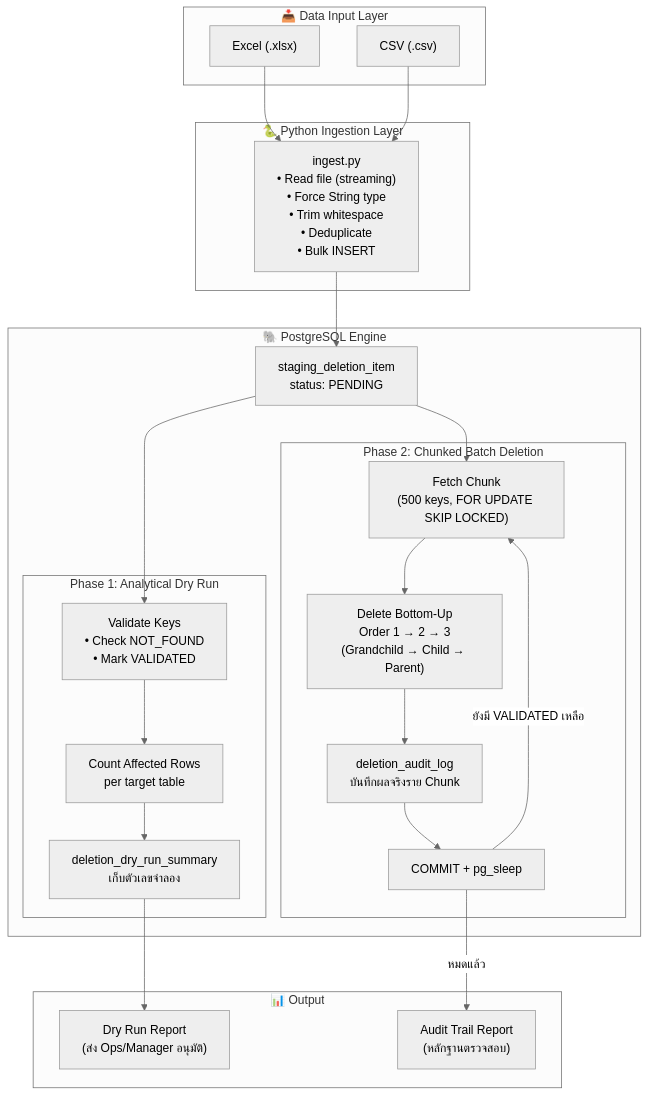
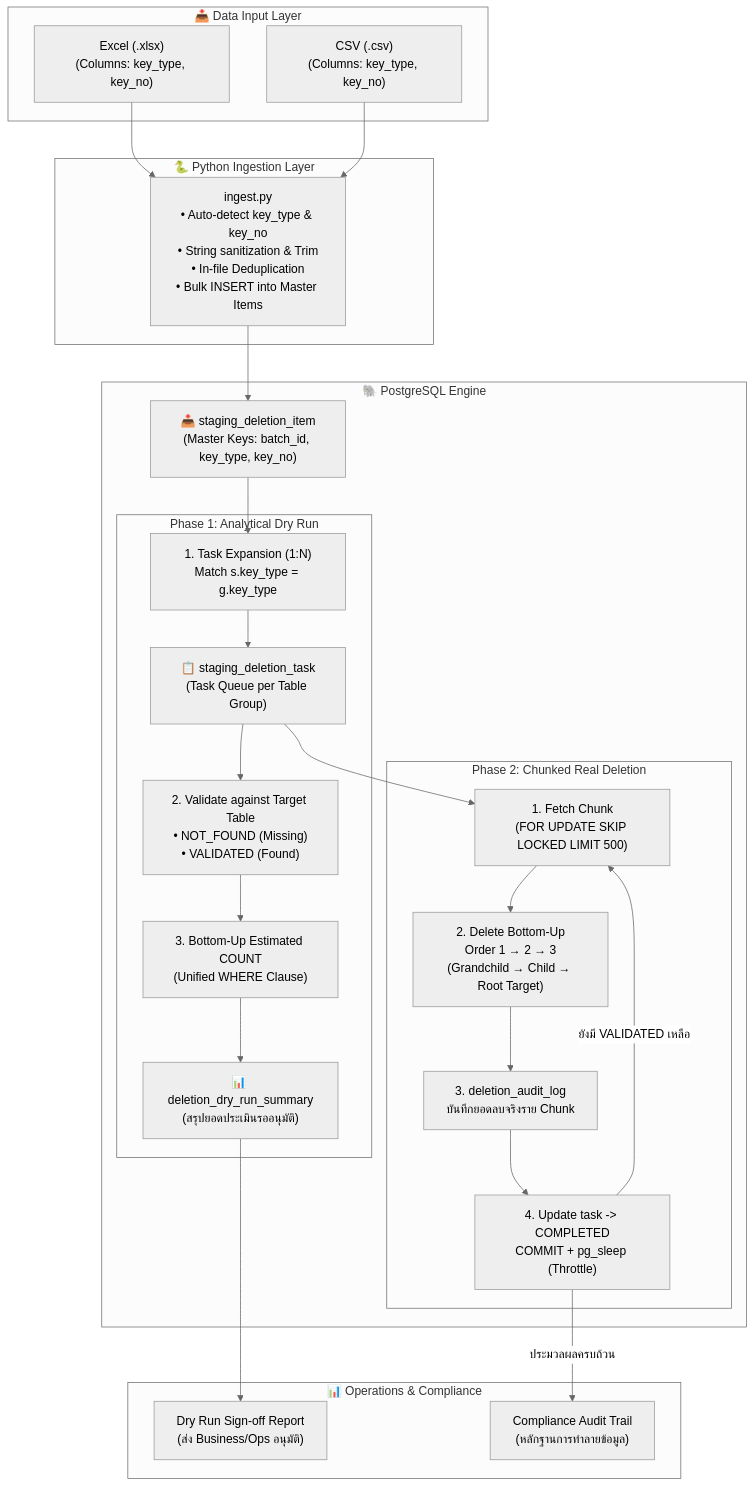
The first of 4 diagrams in docs/TECHNICAL_SPEC.md (Kullapan/data-deletion), drawn with Mermaid (neutral theme) before and after one commit. The commit also changed other lines of this file and 16 other files, not shown here.

````diff
--- a/docs/TECHNICAL_SPEC.md
+++ b/docs/TECHNICAL_SPEC.md
@@ -19,49 +20,53 @@
 ```mermaid
 flowchart TB
     subgraph INPUT["📥 Data Input Layer"]
-        EXCEL["Excel (.xlsx)"]
-        CSV["CSV (.csv)"]
+        EXCEL["Excel (.xlsx)<br/>(Columns: key_type, key_no)"]
+        CSV["CSV (.csv)<br/>(Columns: key_type, key_no)"]
     end
 
     subgraph PYTHON["🐍 Python Ingestion Layer"]
-        INGEST["ingest.py<br/>• Read file (streaming)<br/>• Force String type<br/>• Trim whitespace<br/>• Deduplicate<br/>• Bulk INSERT"]
+        INGEST["ingest.py<br/>• Auto-detect key_type & key_no<br/>• String sanitization & Trim<br/>• In-file Deduplication<br/>• Bulk INSERT into Master Items"]
     end
 
     subgraph DB["🐘 PostgreSQL Engine"]
-        STAGING["staging_deletion_item<br/>status: PENDING"]
+        STG_ITEM["📥 staging_deletion_item<br/>(Master Keys: batch_id, key_type, key_no)"]
 
         subgraph PHASE1["Phase 1: Analytical Dry Run"]
-            VALIDATE["Validate Keys<br/>• Check NOT_FOUND<br/>• Mark VALIDATED"]
-            COUNT["Count Affected Rows<br/>per target table"]
-            SUMMARY["deletion_dry_run_summary<br/>เก็บตัวเลขจำลอง"]
+            EXPAND["1. Task Expansion (1:N)<br/>Match s.key_type = g.key_type"]
+            STG_TASK["📋 staging_deletion_task<br/>(Task Queue per Table Group)"]
+            VALIDATE["2. Validate against Target Table<br/>• NOT_FOUND (Missing)<br/>• VALIDATED (Found)"]
+            COUNT["3. Bottom-Up Estimated COUNT<br/>(Unified WHERE Clause)"]
+            SUMMARY["📊 deletion_dry_run_summary<br/>(สรุปยอดประเมินรออนุมัติ)"]
         end
 
-        subgraph PHASE2["Phase 2: Chunked Batch Deletion"]
-            FETCH["Fetch Chunk<br/>(500 keys, FOR UPDATE SKIP LOCKED)"]
-            DELETE["Delete Bottom-Up<br/>Order 1 → 2 → 3<br/>(Grandchild → Child → Parent)"]
-            AUDIT["deletion_audit_log<br/>บันทึกผลจริงราย Chunk"]
-            COMMIT["COMMIT + pg_sleep"]
+        subgraph PHASE2["Phase 2: Chunked Real Deletion"]
+            FETCH["1. Fetch Chunk<br/>(FOR UPDATE SKIP LOCKED LIMIT 500)"]
+            DELETE["2. Delete Bottom-Up<br/>Order 1 → 2 → 3<br/>(Grandchild → Child → Root Target)"]
+            AUDIT["3. deletion_audit_log<br/>บันทึกยอดลบจริงราย Chunk"]
+            COMMIT["4. Update task -> COMPLETED<br/>COMMIT + pg_sleep (Throttle)"]
         end
     end
 
-    subgraph OUTPUT["📊 Output"]
-        REPORT["Dry Run Report<br/>(ส่ง Ops/Manager อนุมัติ)"]
-        AUDITREPORT["Audit Trail Report<br/>(หลักฐานตรวจสอบ)"]
+    subgraph OUTPUT["📊 Operations & Compliance"]
+        REPORT["Dry Run Sign-off Report<br/>(ส่ง Business/Ops อนุมัติ)"]
+        AUDITREPORT["Compliance Audit Trail<br/>(หลักฐานการทำลายข้อมูล)"]
     end
 
     EXCEL --> INGEST
     CSV --> INGEST
-    INGEST --> STAGING
+    INGEST --> STG_ITEM
 
-    STAGING --> VALIDATE
+    STG_ITEM --> EXPAND
+    EXPAND --> STG_TASK
+    STG_TASK --> VALIDATE
     VALIDATE --> COUNT
     COUNT --> SUMMARY
     SUMMARY --> REPORT
 
-    STAGING --> FETCH
+    STG_TASK --> FETCH
     FETCH --> DELETE
     DELETE --> AUDIT
     AUDIT --> COMMIT
     COMMIT -->|"ยังมี VALIDATED เหลือ"| FETCH
-    COMMIT -->|"หมดแล้ว"| AUDITREPORT
+    COMMIT -->|"ประมวลผลครบถ้วน"| AUDITREPORT
 ```
````
